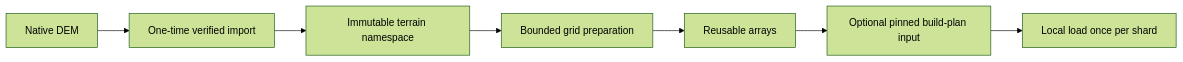
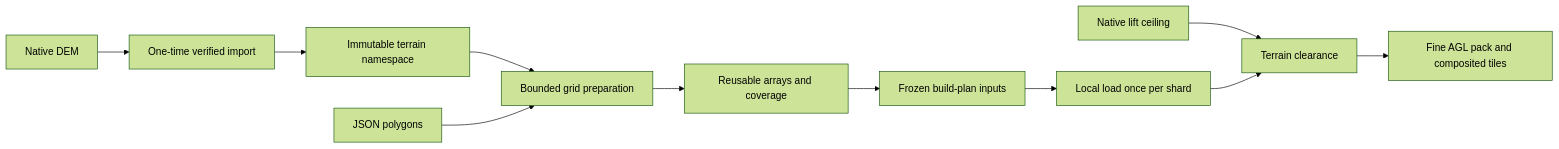
The third of 3 diagrams in docs/architecture.md (jdorrance/av-layers), drawn with Mermaid (forest theme) before and after one commit. The commit also changed other lines of this file and 48 other files, not shown here.

Commit message:
Build polygon refinements from pinned DEM inputs across forecast shards

````diff
--- a/docs/architecture.md
+++ b/docs/architecture.md
@@ -123,9 +124,13 @@
 ```mermaid
 flowchart LR
   dem[Native DEM] --> ingest[One-time verified import]
   ingest --> terrain[Immutable terrain namespace]
   terrain --> prepare[Bounded grid preparation]
-  prepare --> inputs[Reusable arrays]
-  inputs --> plan[Optional pinned build-plan input]
+  zones[JSON polygons] --> prepare
+  prepare --> inputs[Reusable arrays and coverage]
+  inputs --> plan[Frozen build-plan inputs]
   plan --> workers[Local load once per shard]
+  native[Native lift ceiling] --> clearance[Terrain clearance]
+  workers --> clearance
+  clearance --> agl[Fine AGL pack and composited tiles]
 ```
````
